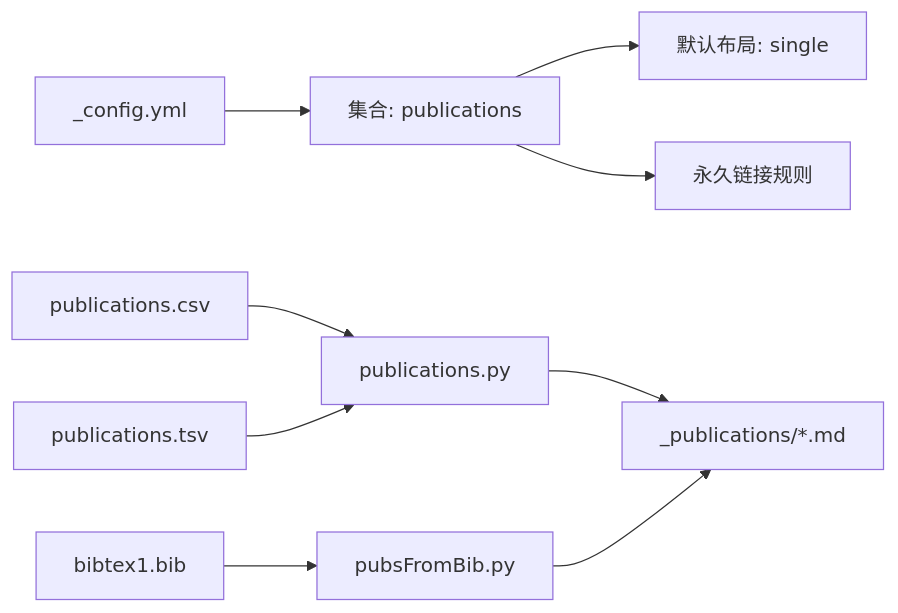
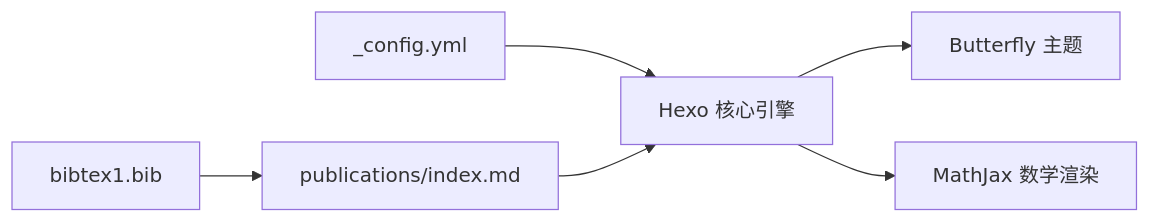
One commit to CoolPig0720/CoolPig0720.github.io changed the third of 3 diagrams in .qoder/repowiki/zh/content/学术功能模块/论文引用管理系统.md. Above: the diagram before and after it, drawn with Mermaid. The commit also changed other lines of this file and 36 other files, not shown here.

````diff
--- a/.qoder/repowiki/zh/content/学术功能模块/论文引用管理系统.md
+++ b/.qoder/repowiki/zh/content/学术功能模块/论文引用管理系统.md
@@ -257,11 +141,8 @@
 ```mermaid
 graph LR
-CFG["_config.yml"] --> COLLECTION["集合: publications"]
-COLLECTION --> LAYOUT["默认布局: single"]
-COLLECTION --> PERMALINK["永久链接规则"]
-GEN_CSV["publications.py"] --> MD_OUT["_publications/*.md"]
-GEN_BIB["pubsFromBib.py"] --> MD_OUT
-DATA_CSV["publications.csv"] --> GEN_CSV
-DATA_TSV["publications.tsv"] --> GEN_CSV
-BIB_EX["bibtex1.bib"] --> GEN_BIB
+HEXO["Hexo 核心引擎"] --> THEME["Butterfly 主题"]
+HEXO --> MATHJAX["MathJax 数学渲染"]
+CONFIG["_config.yml"] --> HEXO
+PUB_PAGE["publications/index.md"] --> HEXO
+BIB_DATA["bibtex1.bib"] --> PUB_PAGE
 ```
````
